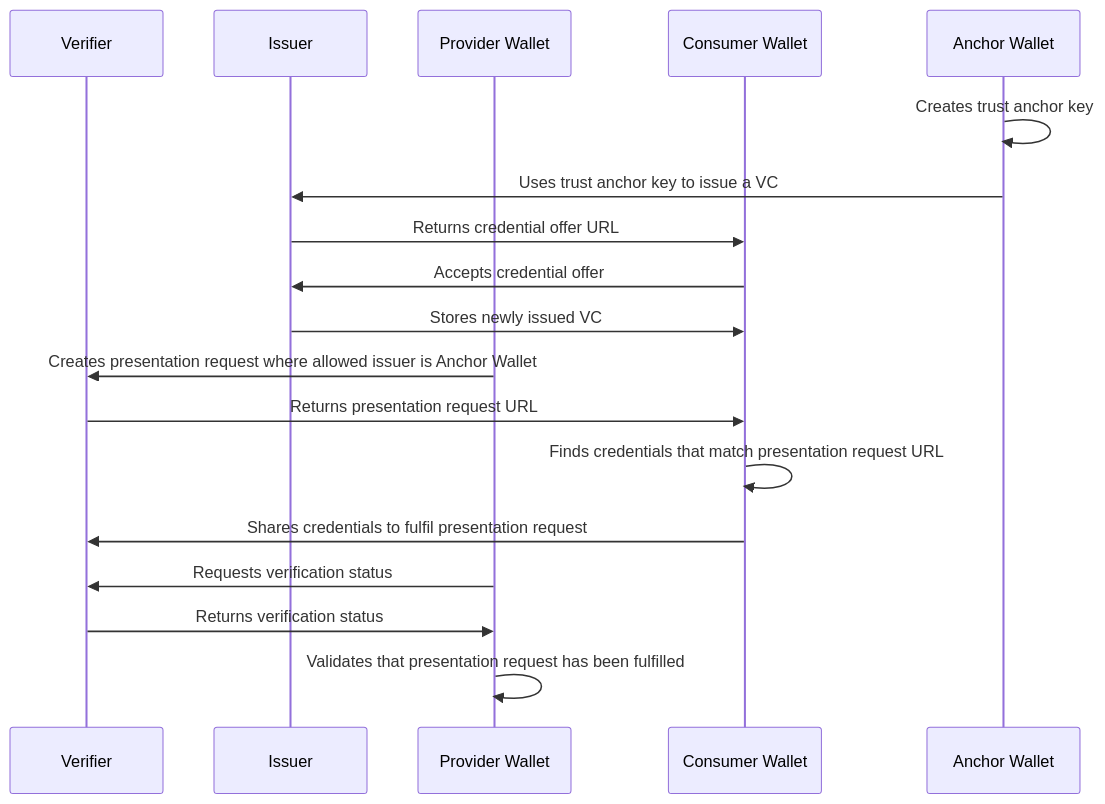
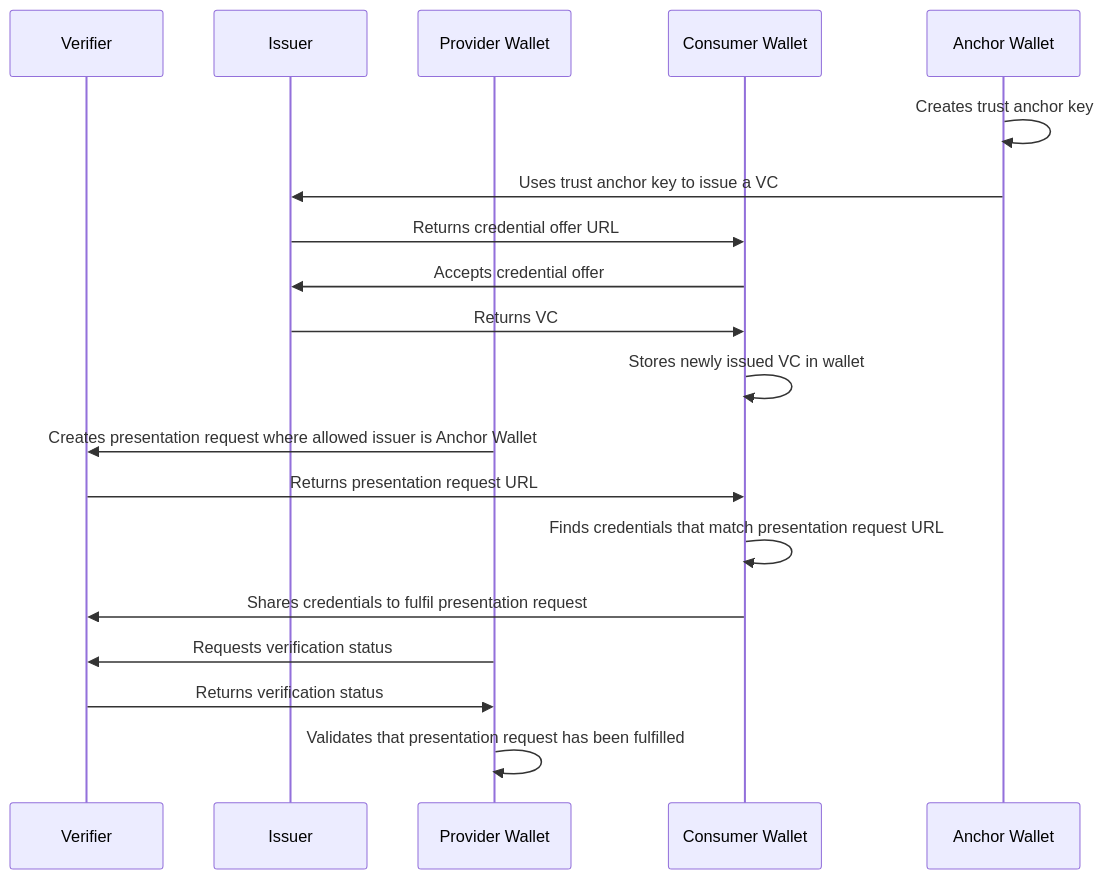
Before and after one commit to fundacionctic/ssi-poc: the diagram in README.md, drawn with Mermaid. The commit also changed other lines of this file, not shown here.

````diff
--- a/README.md
+++ b/README.md
@@ -13,20 +12,21 @@
 ```mermaid
 sequenceDiagram
     participant VER as Verifier
     participant ISS as Issuer
     participant WPR as Provider Wallet
     participant WCN as Consumer Wallet
     participant WAN as Anchor Wallet
     WAN->>WAN: Creates trust anchor key
     WAN->>ISS: Uses trust anchor key to issue a VC
     ISS->>WCN: Returns credential offer URL
     WCN->>ISS: Accepts credential offer
-    ISS->>WCN: Stores newly issued VC
+    ISS->>WCN: Returns VC
+    WCN->>WCN: Stores newly issued VC in wallet
     WPR->>VER: Creates presentation request where allowed issuer is Anchor Wallet
     VER->>WCN: Returns presentation request URL
     WCN->>WCN: Finds credentials that match presentation request URL
     WCN->>VER: Shares credentials to fulfil presentation request
     WPR->>VER: Requests verification status
     VER->>WPR: Returns verification status
     WPR->>WPR: Validates that presentation request has been fulfilled
 ```
````
